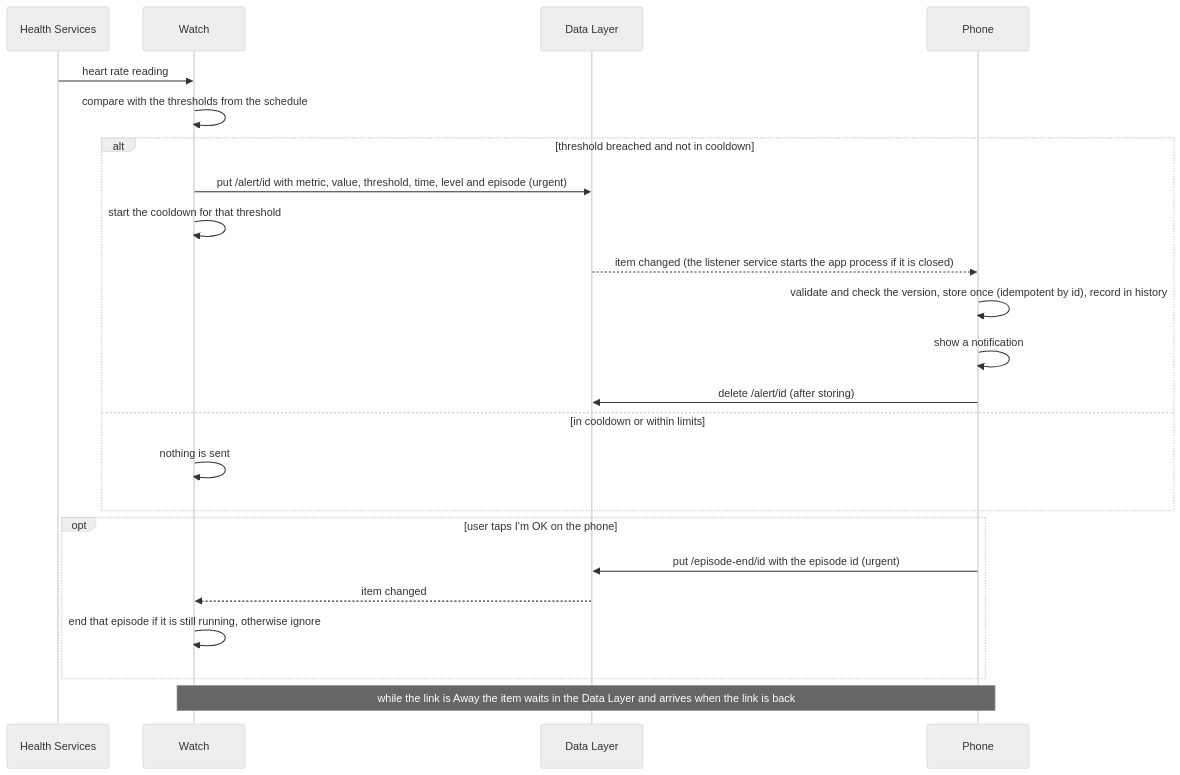
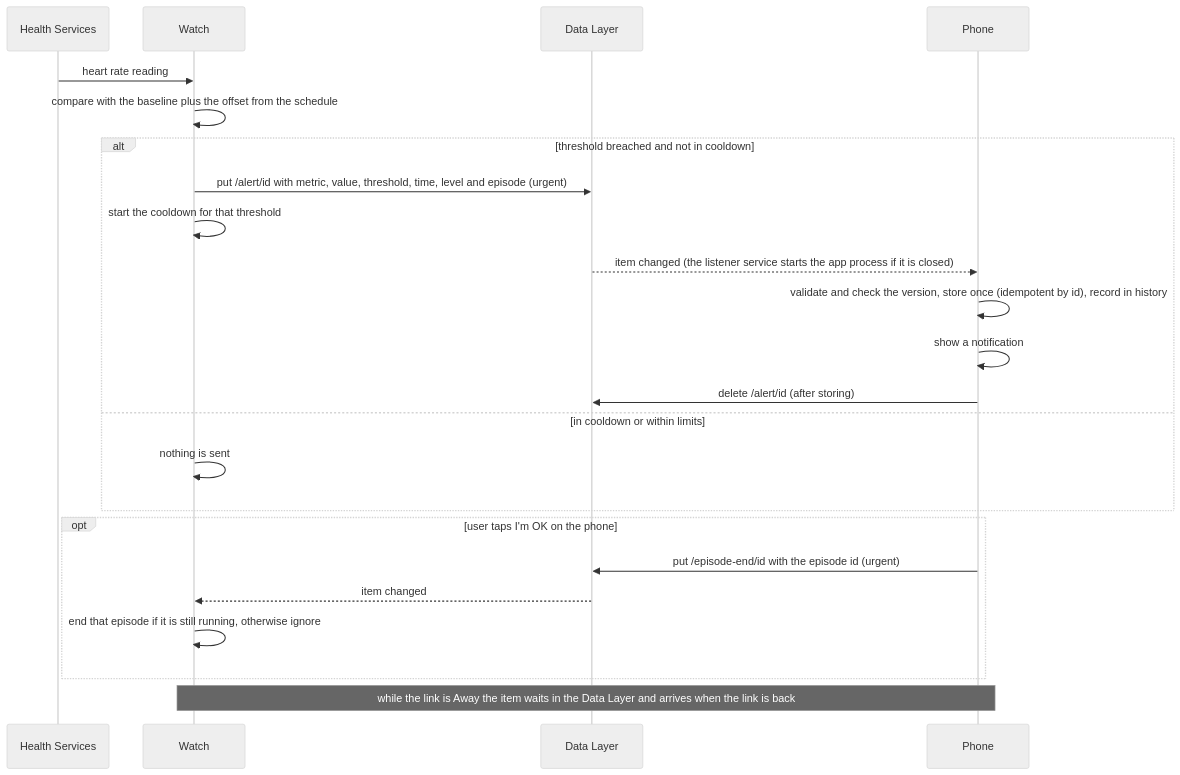
Before and after one commit to shlomoa/my-adhd-pal: the sixth of 6 diagrams in docs/protocol.md, drawn with Mermaid (neutral theme). The commit also changed other lines of this file and 15 other files, not shown here.

````diff
--- a/docs/protocol.md
+++ b/docs/protocol.md
@@ -296,25 +302,25 @@
 ```mermaid
 sequenceDiagram
     participant H as Health Services
     participant W as Watch
     participant D as Data Layer
     participant P as Phone
     H->>W: heart rate reading
-    W->>W: compare with the thresholds from the schedule
+    W->>W: compare with the baseline plus the offset from the schedule
     alt threshold breached and not in cooldown
         W->>D: put /alert/id with metric, value, threshold, time, level and episode (urgent)
         W->>W: start the cooldown for that threshold
         D-->>P: item changed (the listener service starts the app process if it is closed)
         P->>P: validate and check the version, store once (idempotent by id), record in history
         P->>P: show a notification
         P->>D: delete /alert/id (after storing)
     else in cooldown or within limits
         W->>W: nothing is sent
     end
     opt user taps I'm OK on the phone
         P->>D: put /episode-end/id with the episode id (urgent)
         D-->>W: item changed
         W->>W: end that episode if it is still running, otherwise ignore
     end
     Note over W,P: while the link is Away the item waits in the Data Layer and arrives when the link is back
 ```
````
